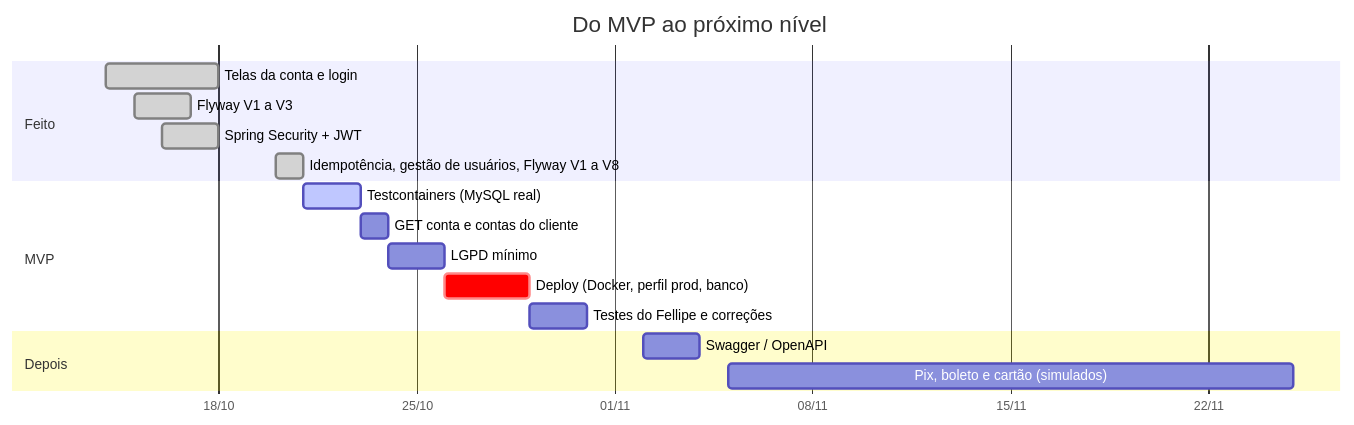
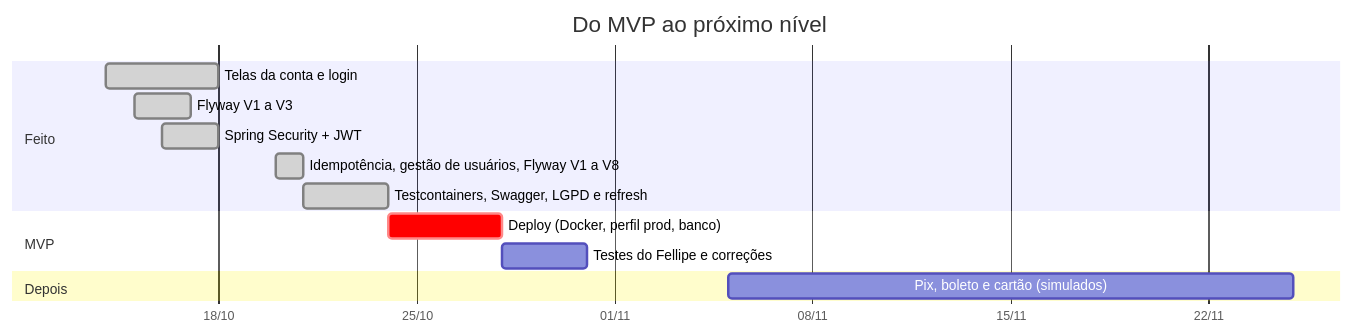
Diagram 12 of 13 in README.md (k3vinrich4rd/rkf_bank), drawn with Mermaid before and after one commit. The commit also changed other lines of this file and 13 other files, not shown here.

````diff
--- a/README.md
+++ b/README.md
@@ -1224,20 +1243,17 @@
 ```mermaid
 gantt
     title Do MVP ao próximo nível
     dateFormat YYYY-MM-DD
     axisFormat %d/%m
     section Feito
     Telas da conta e login               :done,   f0, 2026-10-14, 4d
     Flyway V1 a V3                       :done,   f1, 2026-10-15, 2d
     Spring Security + JWT                :done,   f2, 2026-10-16, 2d
     Idempotência, gestão de usuários, Flyway V1 a V8 :done, f3, 2026-10-20, 1d
+    Testcontainers, Swagger, LGPD e refresh :done, f4, 2026-10-21, 3d
     section MVP
-    Testcontainers (MySQL real)          :active, m0, 2026-10-21, 2d
-    GET conta e contas do cliente        :        m1, after m0, 1d
-    LGPD mínimo                          :        m2, after m1, 2d
-    Deploy (Docker, perfil prod, banco)  :crit,   m4, after m2, 3d
-    Testes do Fellipe e correções         :        m3, after m4, 2d
+    Deploy (Docker, perfil prod, banco)  :crit,   m4, 2026-10-24, 4d
+    Testes do Fellipe e correções         :        m3, after m4, 3d
     section Depois
-    Swagger / OpenAPI                    :        p2, 2026-11-02, 2d
     Pix, boleto e cartão (simulados)     :        p3, 2026-11-05, 20d
 ```
````
